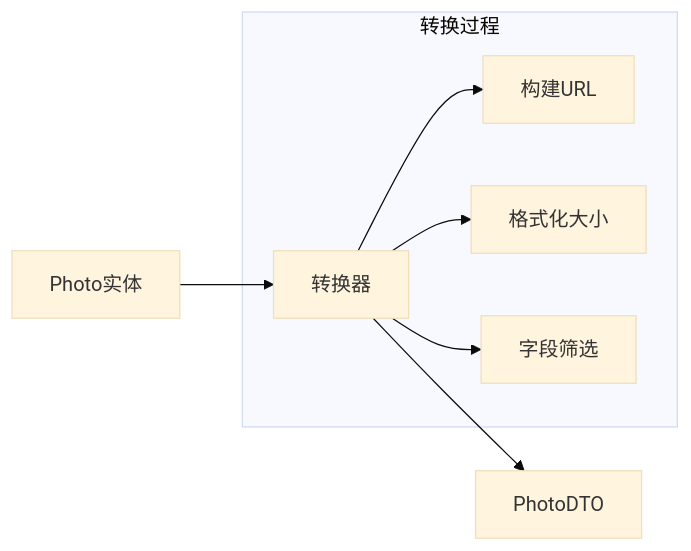
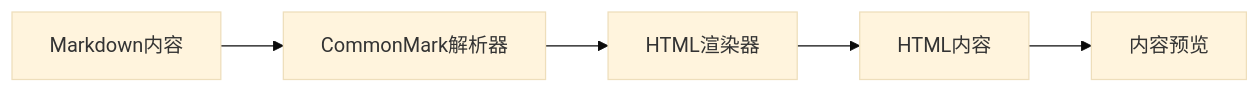
One commit to QoderZcy/zcyTest2 changed diagram 15 of 16 in .qoder/repowiki/zh/content/数据模型.md. Above: the diagram before and after it, drawn with Mermaid (base theme). The commit also changed other lines of this file and 9 other files, not shown here.

````diff
--- a/.qoder/repowiki/zh/content/数据模型.md
+++ b/.qoder/repowiki/zh/content/数据模型.md
@@ -396,10 +722,7 @@
 ```mermaid
 flowchart LR
-Photo[Photo实体] --> Converter[转换器]
-Converter --> PhotoDTO[PhotoDTO]
-subgraph "转换过程"
-Converter --> BuildURL[构建URL]
-Converter --> FormatSize[格式化大小]
-Converter --> FilterFields[字段筛选]
-end
+Markdown[Markdown内容] --> Parser[CommonMark解析器]
+Parser --> Renderer[HTML渲染器]
+Renderer --> HTML[HTML内容]
+HTML --> Preview[内容预览]
 ```
````
